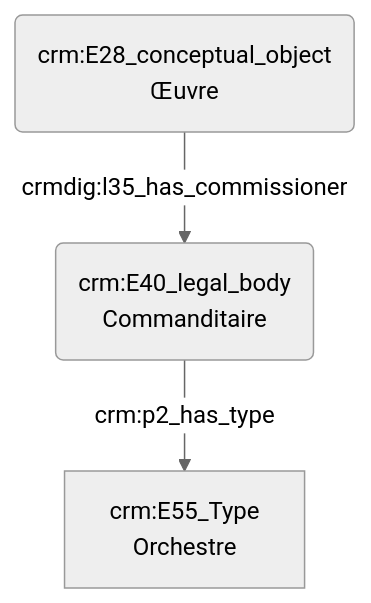
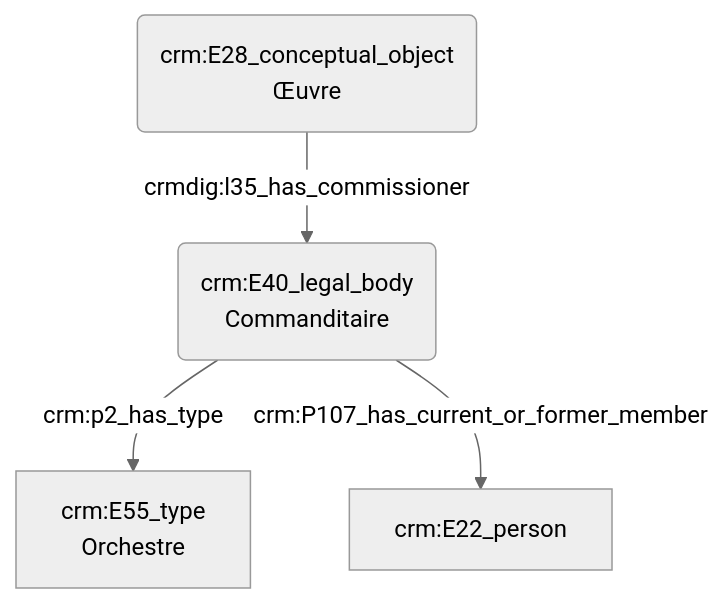
Before and after one commit to Amleth/consortium-musica2-gt2-ontologies: the diagram in modules/livrables/Dossier 2/Indexation conceptuelle/commanditaire d'une œuvre.md, drawn with Mermaid (neutral theme).

Commit message:
Update commanditaire d'une œuvre.md

````diff
--- a/modules/livrables/Dossier 2/Indexation conceptuelle/commanditaire d'une œuvre.md
+++ b/modules/livrables/Dossier 2/Indexation conceptuelle/commanditaire d'une œuvre.md
@@ -13,8 +13,8 @@
 ```mermaid
 graph TD;
 
 A(crm:E28_conceptual_object<br>Œuvre) --> |crmdig:l35_has_commissioner| B(crm:E40_legal_body<br>Commanditaire)
-B(crm:E40_legal_body<br>Commanditaire) --> |crm:p2_has_type| C[crm:E55_Type<br>Orchestre]
-
+B(crm:E40_legal_body<br>Commanditaire) --> |crm:p2_has_type| C[crm:E55_type<br>Orchestre]
+B(crm:E40_legal_body<br>Commanditaire) --> |crm:P107_has_current_or_former_member| D[crm:E22_person]
 
 ```
````
